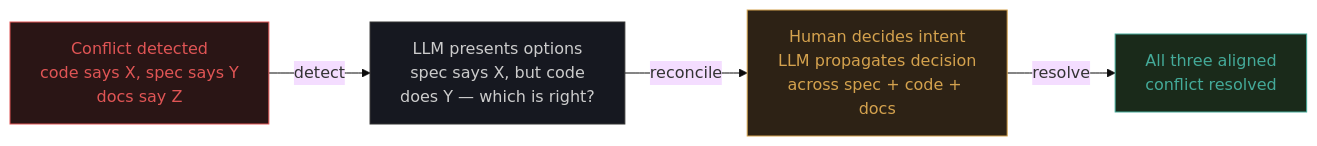
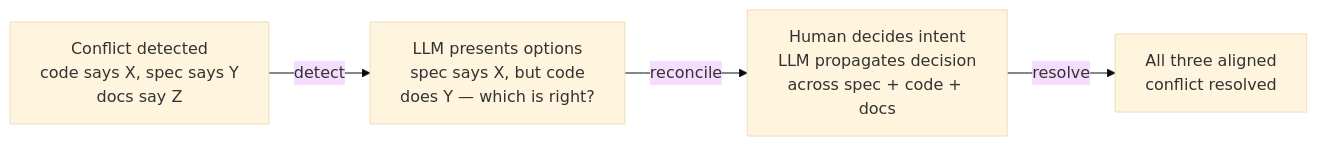
One commit to davidroeca/NotarAI changed the sixth of 13 diagrams in docs-site/src/content/docs/background/design-diagrams.md. Above: the diagram before and after it, drawn with Mermaid (base theme). The commit also changed other lines of this file and 12 other files, not shown here.

First line of the commit message:
Update docs site - mermaid rendering

````diff
--- a/docs-site/src/content/docs/background/design-diagrams.md
+++ b/docs-site/src/content/docs/background/design-diagrams.md
@@ -189,16 +156,11 @@
 ```mermaid
 flowchart LR
     C1["Conflict detected<br/>code says X, spec says Y<br/>docs say Z"]
     C2["LLM presents options<br/>spec says X, but code<br/>does Y — which is right?"]
     C3["Human decides intent<br/>LLM propagates decision<br/>across spec + code + docs"]
     C4["All three aligned<br/>conflict resolved"]
 
     C1 -->|detect| C2
     C2 -->|reconcile| C3
     C3 -->|resolve| C4
-
-    style C1 fill:#2a1515,stroke:#e05555,color:#e05555
-    style C2 fill:#161820,stroke:#333,color:#ccc
-    style C3 fill:#2d2215,stroke:#d4a24e,color:#d4a24e
-    style C4 fill:#1a2a1a,stroke:#4a9,color:#4a9
 ```
````
